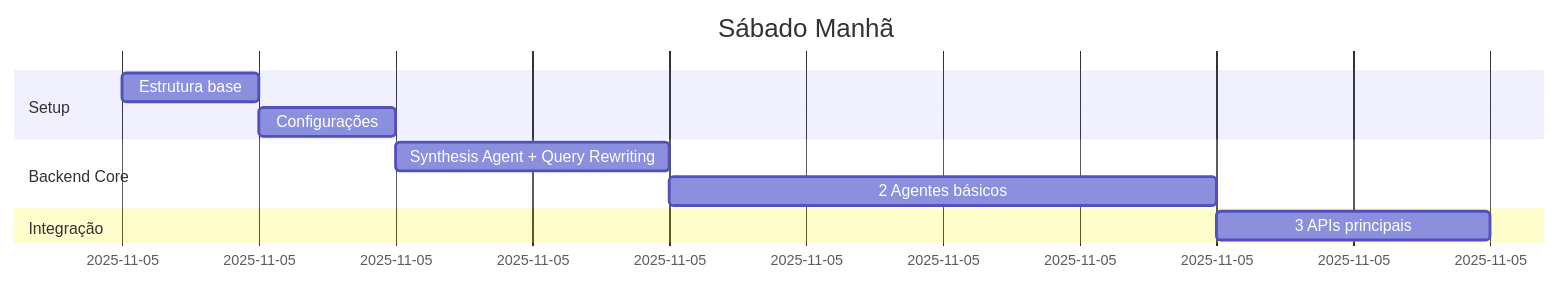
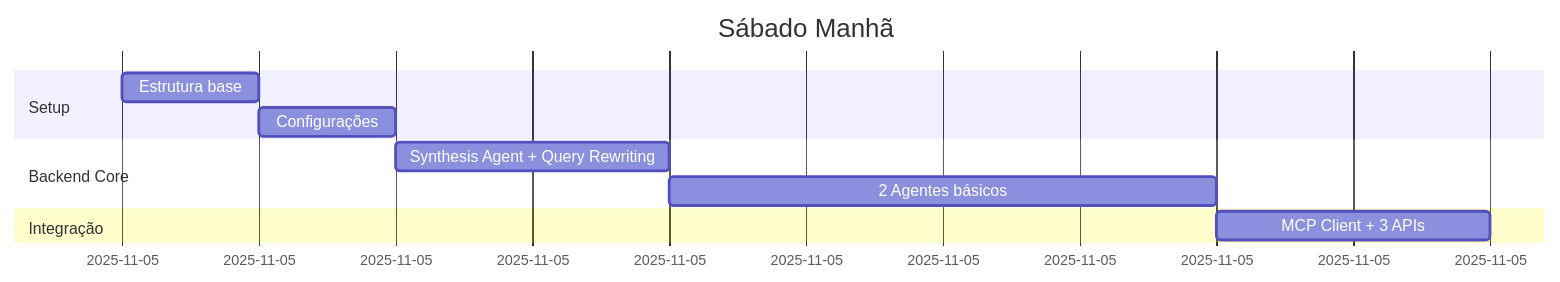
Before and after one commit to GuiiCorreia/Bootcamp_Akcit: the fourth of 7 diagrams in README.md, drawn with Mermaid. The commit also changed other lines of this file, not shown here.

Commit message:
add mcp server

````diff
--- a/README.md
+++ b/README.md
@@ -399,13 +511,13 @@
 ```mermaid
 gantt
     title Sábado Manhã
     dateFormat HH:mm
     section Setup
     Estrutura base      :08:00, 30m
     Configurações       :08:30, 30m
     section Backend Core
     Synthesis Agent + Query Rewriting :09:00, 1h
     2 Agentes básicos   :10:00, 2h
     section Integração
-    3 APIs principais   :12:00, 1h
+    MCP Client + 3 APIs :12:00, 1h
 ```
````
